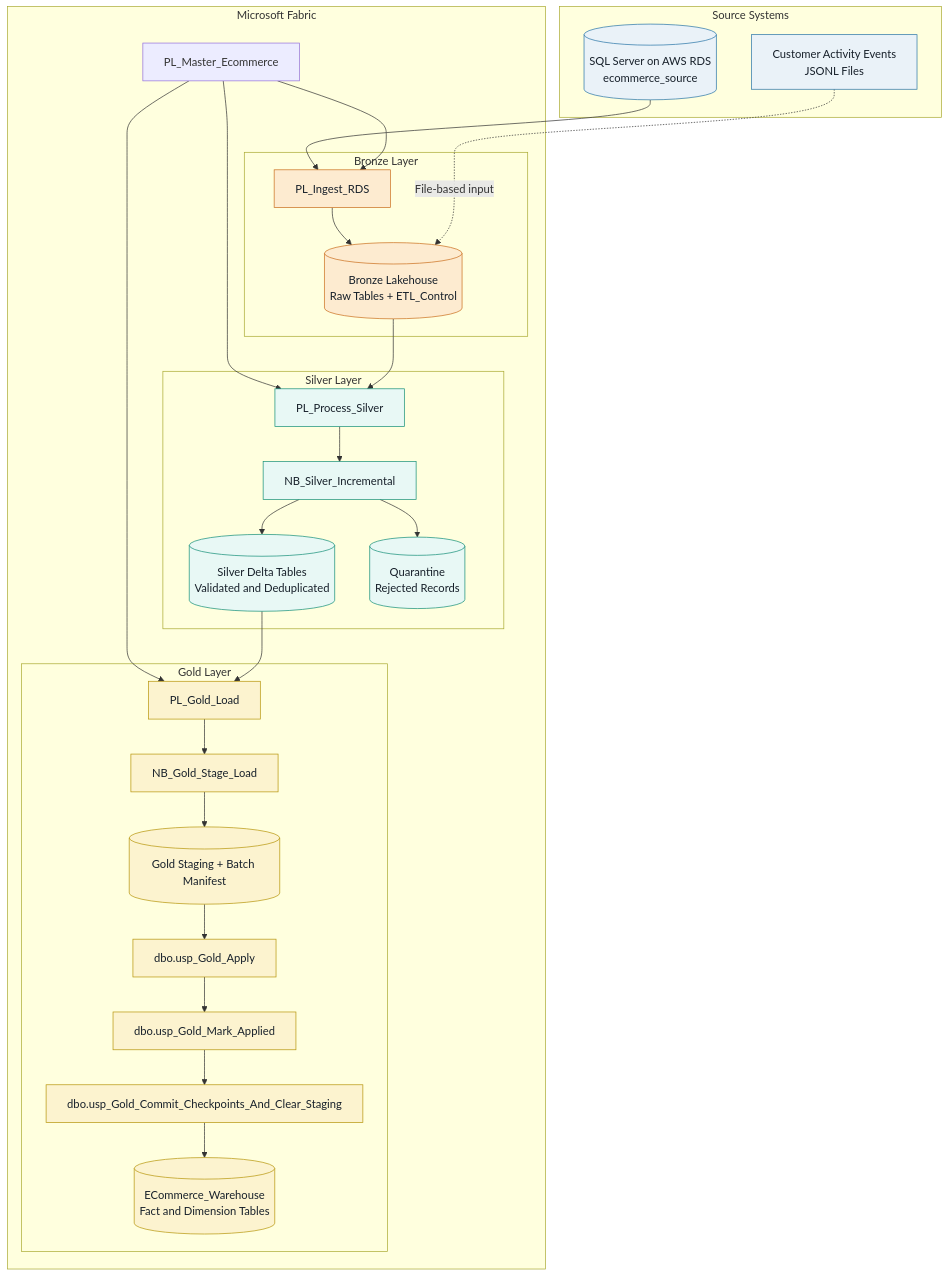
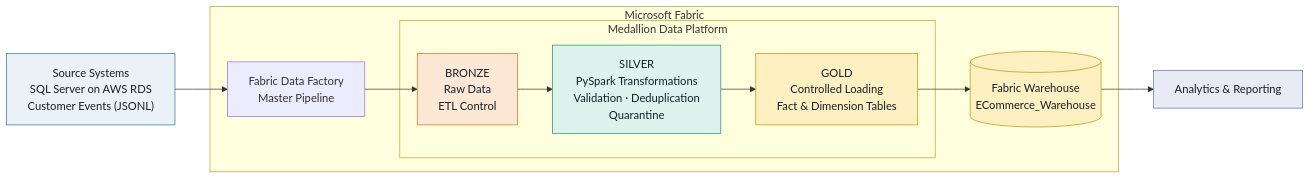
One commit to mayuresh0711/ecommerce-india-fabric-platform changed the diagram in README.md. Above: the diagram before and after it, drawn with Mermaid. The commit also changed other lines of this file, not shown here.

````diff
--- a/README.md
+++ b/README.md
@@ -31,62 +15,37 @@
 ```mermaid
-flowchart TD
-    subgraph SRC["Source Systems"]
-        RDS[("SQL Server on AWS RDS<br/>ecommerce_source")]
-        EVENTS["Customer Activity Events<br/>JSONL Files"]
+flowchart LR
+    SRC["Source Systems<br/>SQL Server on AWS RDS<br/>Customer Events (JSONL)"]
+
+    subgraph FABRIC["Microsoft Fabric"]
+        ORCH["Fabric Data Factory<br/>Master Pipeline"]
+
+        subgraph MEDALLION["Medallion Data Platform"]
+            B["BRONZE<br/>Raw Data<br/>ETL Control"]
+            S["SILVER<br/>PySpark Transformations<br/>Validation · Deduplication<br/>Quarantine"]
+            G["GOLD<br/>Controlled Loading<br/>Fact & Dimension Tables"]
+        end
+
+        WH[("Fabric Warehouse<br/>ECommerce_Warehouse")]
     end
 
-    subgraph FABRIC["Microsoft Fabric"]
-        MASTER["PL_Master_Ecommerce"]
+    BI["Analytics & Reporting"]
 
-        subgraph BRONZE["Bronze Layer"]
-            INGEST["PL_Ingest_RDS"]
-            RAW[("Bronze Lakehouse<br/>Raw Tables + ETL_Control")]
-        end
-
-        subgraph SILVER["Silver Layer"]
-            SILVER_PIPE["PL_Process_Silver"]
-            SILVER_NB["NB_Silver_Incremental"]
-            CLEAN[("Silver Delta Tables<br/>Validated and Deduplicated")]
-            QUARANTINE[("Quarantine<br/>Rejected Records")]
-        end
-
-        subgraph GOLD["Gold Layer"]
-            GOLD_PIPE["PL_Gold_Load"]
-            STAGE_NB["NB_Gold_Stage_Load"]
-            STAGING[("Gold Staging + Batch Manifest")]
-            APPLY["dbo.usp_Gold_Apply"]
-            MARK["dbo.usp_Gold_Mark_Applied"]
-            COMMIT["dbo.usp_Gold_Commit_Checkpoints_And_Clear_Staging"]
-            WH[("ECommerce_Warehouse<br/>Fact and Dimension Tables")]
-        end
-    end
-
-    RDS --> INGEST
-    INGEST --> RAW
-    EVENTS -. "File-based input" .-> RAW
-
-    MASTER --> INGEST
-    MASTER --> SILVER_PIPE
-    RAW --> SILVER_PIPE
-    SILVER_PIPE --> SILVER_NB
-    SILVER_NB --> CLEAN
-    SILVER_NB --> QUARANTINE
-
-    MASTER --> GOLD_PIPE
-    CLEAN --> GOLD_PIPE
-    GOLD_PIPE --> STAGE_NB
-    STAGE_NB --> STAGING
-    STAGING --> APPLY
-    APPLY --> MARK
-    MARK --> COMMIT
-    COMMIT --> WH
+    SRC --> ORCH
+    ORCH --> B
+    B --> S
+    S --> G
+    G --> WH
+    WH --> BI
 
     classDef source fill:#EAF2F8,stroke:#2874A6,color:#17202A
-    classDef bronze fill:#FDEBD0,stroke:#CA6F1E,color:#17202A
-    classDef silver fill:#E8F8F5,stroke:#148F77,color:#17202A
-    classDef gold fill:#FCF3CF,stroke:#B7950B,color:#17202A
-    class RDS,EVENTS source
-    class INGEST,RAW bronze
-    class SILVER_PIPE,SILVER_NB,CLEAN,QUARANTINE silver
-    class GOLD_PIPE,STAGE_NB,STAGING,APPLY,MARK,COMMIT,WH gold
+    classDef bronze fill:#FCE8D5,stroke:#C87525,color:#17202A
+    classDef silver fill:#DDF3EE,stroke:#258878,color:#17202A
+    classDef gold fill:#FFF0C2,stroke:#B7950B,color:#17202A
+    classDef consumer fill:#E8EAF6,stroke:#5C6BC0,color:#17202A
+
+    class SRC source
+    class B bronze
+    class S silver
+    class G,WH gold
+    class BI consumer
 ```
````
